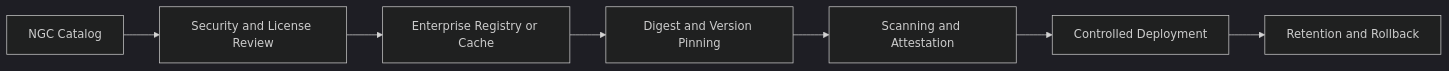
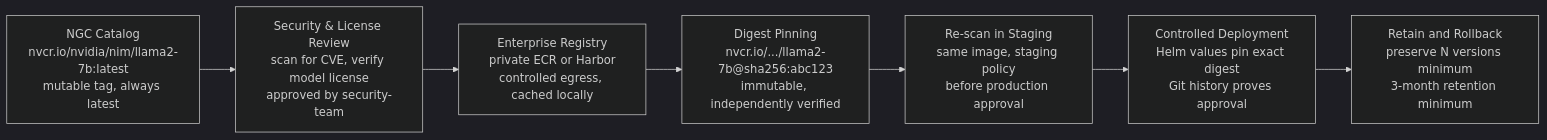
Before and after one commit to jithinpnjm/nvidia-devops: the diagram in docs/nvidia-zero-to-hero/volume-14/chapter-07-ngc-catalog-containers-and-artifacts.md, drawn with Mermaid (dark theme). The commit also changed other lines of this file and 15 other files, not shown here.

First line of the commit message:
docs(volume-14): depth rework - add real evidence, annotated outputs, and mechanism diagrams

````diff
--- a/docs/nvidia-zero-to-hero/volume-14/chapter-07-ngc-catalog-containers-and-artifacts.md
+++ b/docs/nvidia-zero-to-hero/volume-14/chapter-07-ngc-catalog-containers-and-artifacts.md
@@ -14,12 +14,18 @@
 ```mermaid
 flowchart LR
-    Catalog[NGC Catalog]
-    Approve[Security and License Review]
-    Mirror[Enterprise Registry or Cache]
-    Pin[Digest and Version Pinning]
-    Scan[Scanning and Attestation]
-    Deploy[Controlled Deployment]
-    Retain[Retention and Rollback]
+    Catalog["NGC Catalog<br/>nvcr.io/nvidia/nim/llama2-7b:latest<br/>mutable tag, always latest"]
+    
+    Approve["Security & License Review<br/>scan for CVE, verify model license<br/>approved by security-team"]
+    
+    Mirror["Enterprise Registry<br/>private ECR or Harbor<br/>controlled egress, cached locally"]
+    
+    Pin["Digest Pinning<br/>nvcr.io/.../llama2-7b@sha256:abc123<br/>immutable, independently verified"]
+    
+    Scan["Re-scan in Staging<br/>same image, staging policy<br/>before production approval"]
+    
+    Deploy["Controlled Deployment<br/>Helm values pin exact digest<br/>Git history proves approval"]
+    
+    Retain["Retain and Rollback<br/>preserve N versions minimum<br/>3-month retention minimum"]
 
     Catalog --> Approve --> Mirror --> Pin --> Scan --> Deploy --> Retain
 ```
````
